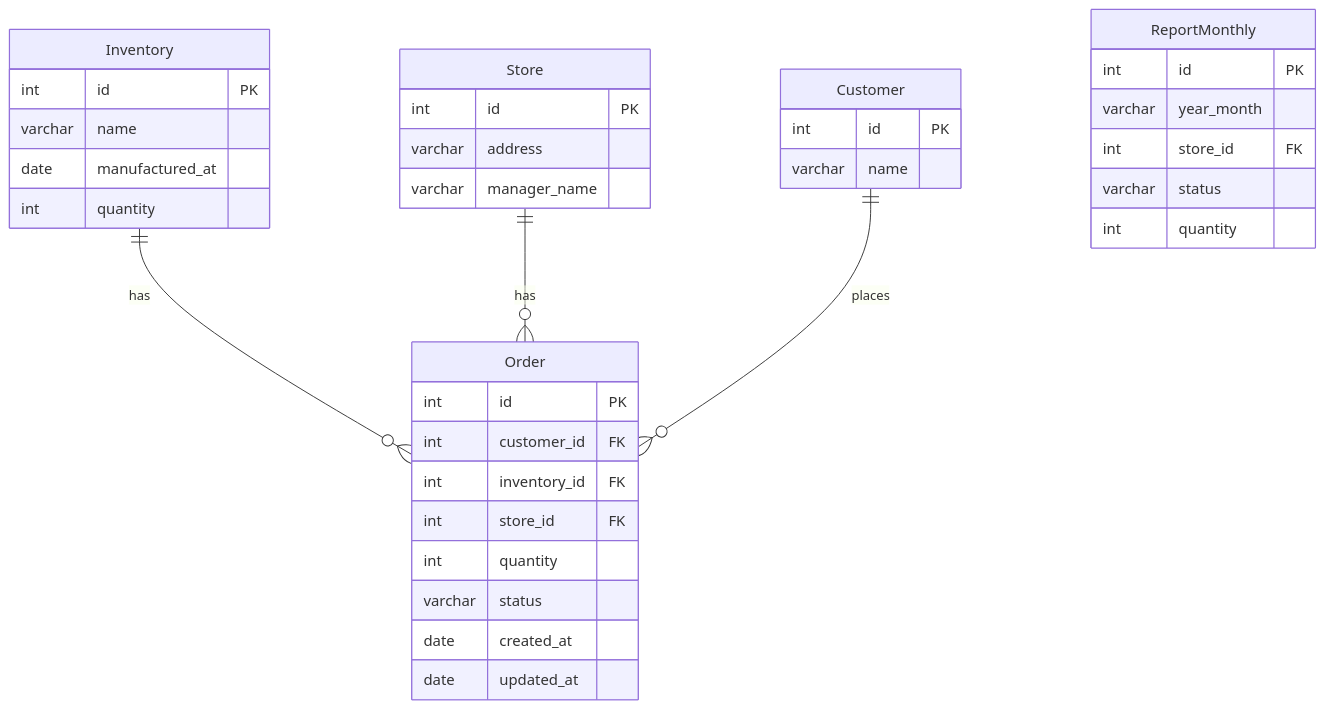
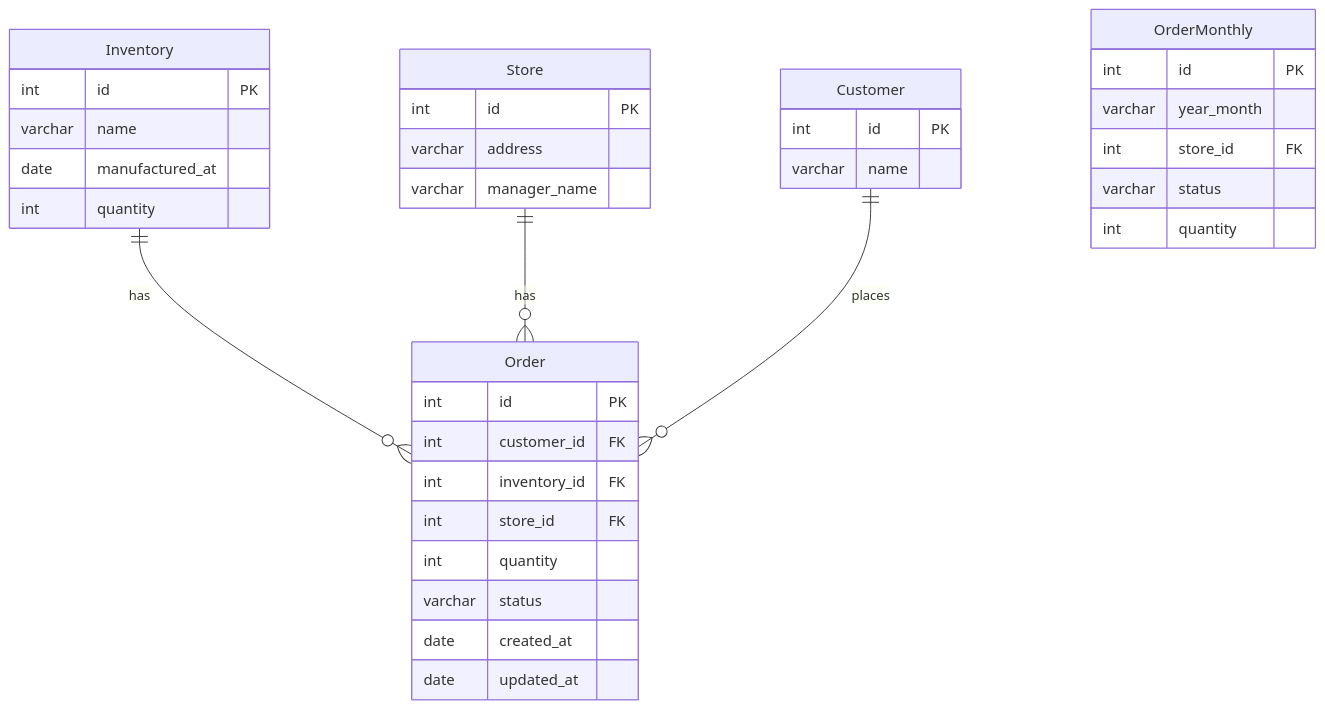
One commit to ariunbayar/sweet changed the third of 4 diagrams in README.md. Above: the diagram before and after it, drawn with Mermaid. The commit also changed other lines of this file, not shown here.

````diff
--- a/README.md
+++ b/README.md
@@ -146,44 +147,44 @@
 ```mermaid
 erDiagram
 
 Inventory ||--o{ Order : has
 Store ||--o{ Order : has
 Customer ||--o{ Order : places
 
 Inventory {
     int id PK
     varchar name
     date manufactured_at
     int quantity
 }
 
 Store {
     int id PK
     varchar address
     varchar manager_name
 }
 
 Customer {
     int id PK
     varchar name
 }
 
 Order {
     int id PK
     int customer_id FK
     int inventory_id FK
     int store_id FK
     int quantity
     varchar status
     date created_at
     date updated_at
 }
 
-ReportMonthly {
+OrderMonthly {
     int id PK
     varchar year_month
     int store_id FK
     varchar status
     int quantity
 }
 ```
````
